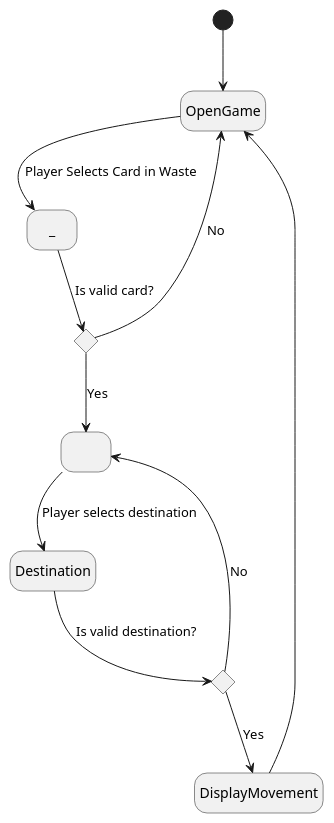
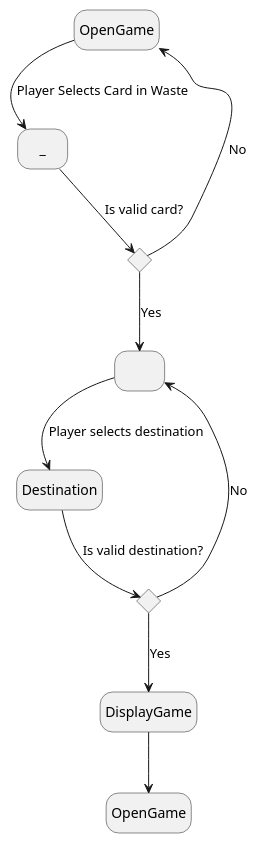
Before and after one commit to Troteaga/klondike: the sixth of 15 diagrams in docs/UseCases.plantuml, drawn with PlantUML. The commit also changed other lines of this file and 1 other file, not shown here.

Commit message:
States moved to clarify main flow

```diff
--- a/docs/UseCases.plantuml
+++ b/docs/UseCases.plantuml
@@ -72,15 +73,15 @@
 @startuml States Player Moves Card From Waste to Tableau
 hide empty description
-[*] --> OpenGame
-OpenGame -down-> _ : Player Selects Card in Waste
+state "OpenGame" as 0
+0 -down-> _ : Player Selects Card in Waste
 state choice <<choice>>
 _ --> choice : Is valid card?
-choice --> OpenGame : No
+choice --> 0 : No
 choice --> .:  Yes
 . --> Destination : Player selects destination
 state choice1 <<choice>>
 Destination --> choice1 : Is valid destination?
-choice1 --> DisplayMovement : Yes
+choice1 --> DisplayGame : Yes
 choice1 --> . : No
-DisplayMovement -up-> OpenGame
+DisplayGame --> OpenGame
 @enduml
```
